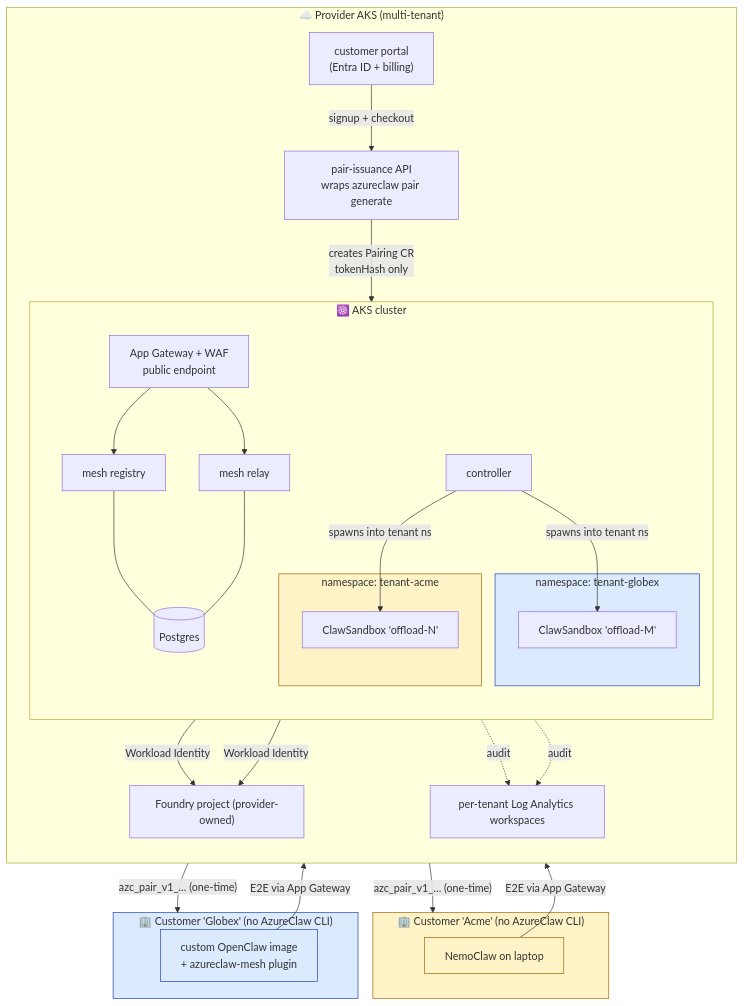
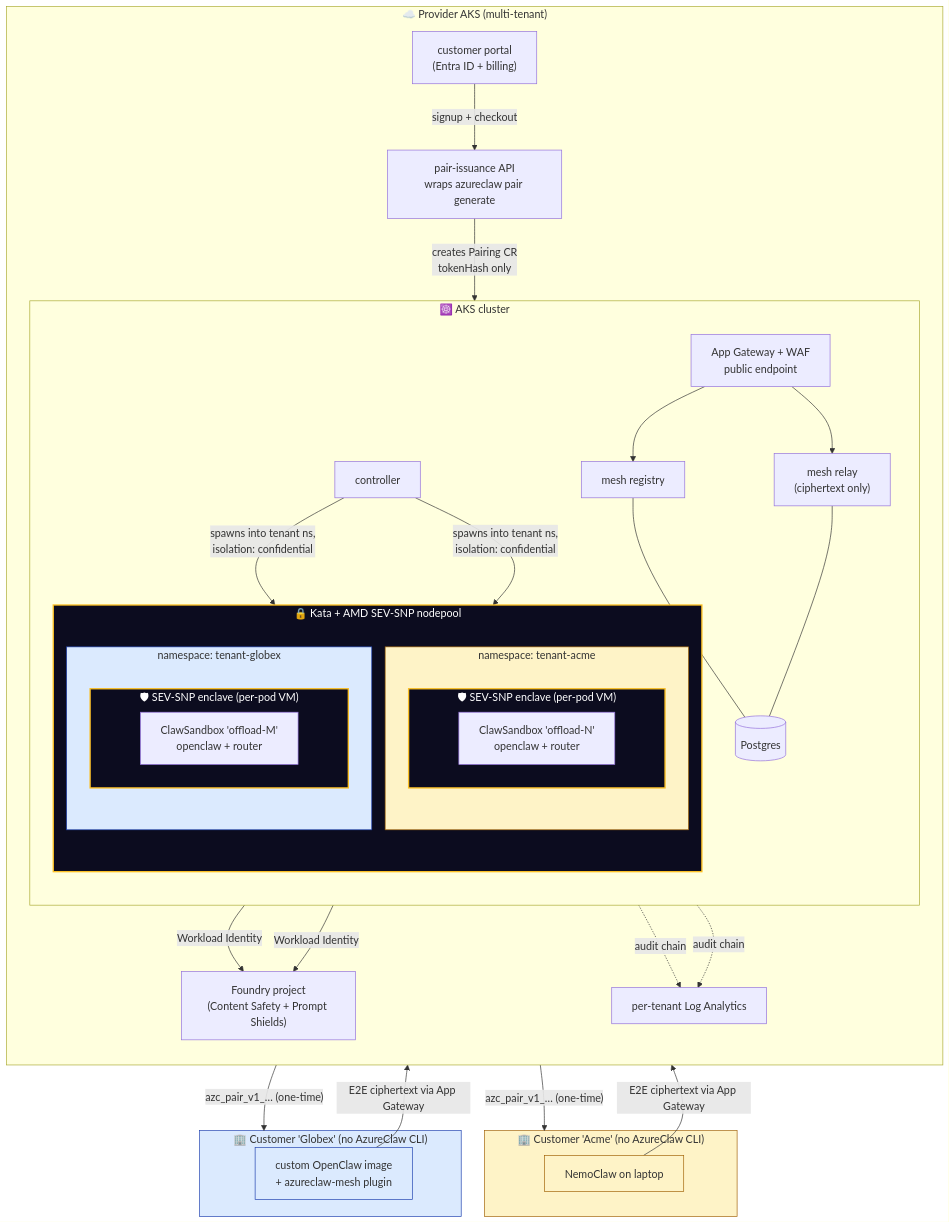
One commit to Azure/kars changed the first of 4 diagrams in docs/blueprints/03-managed-public-offload.md. Above: the diagram before and after it, drawn with Mermaid. The commit also changed other lines of this file and 1 other file, not shown here.

````diff
--- a/docs/blueprints/03-managed-public-offload.md
+++ b/docs/blueprints/03-managed-public-offload.md
@@ -13,58 +27,67 @@
 ```mermaid
 flowchart TB
   subgraph Provider["☁️ Provider AKS (multi-tenant)"]
     direction TB
     Portal["customer portal<br/>(Entra ID + billing)"]
     PairAPI["pair-issuance API<br/>wraps azureclaw pair generate"]
 
     subgraph AKS["☸️ AKS cluster"]
       direction TB
       AGW["App Gateway + WAF<br/>public endpoint"]
       Reg["mesh registry"]
-      Rly["mesh relay"]
+      Rly["mesh relay<br/>(ciphertext only)"]
       PG[("Postgres")]
       Ctrl["controller"]
 
-      subgraph T1NS["namespace: tenant-acme"]
-        T1SBX["ClawSandbox 'offload-N'"]
-      end
-      subgraph T2NS["namespace: tenant-globex"]
-        T2SBX["ClawSandbox 'offload-M'"]
+      subgraph KataPool["🔒 Kata + AMD SEV-SNP nodepool"]
+        direction TB
+        subgraph T1NS["namespace: tenant-acme"]
+          subgraph T1Encl["🛡 SEV-SNP enclave (per-pod VM)"]
+            T1SBX["ClawSandbox 'offload-N'<br/>openclaw + router"]
+          end
+        end
+        subgraph T2NS["namespace: tenant-globex"]
+          subgraph T2Encl["🛡 SEV-SNP enclave (per-pod VM)"]
+            T2SBX["ClawSandbox 'offload-M'<br/>openclaw + router"]
+          end
+        end
       end
     end
 
-    Fnd["Foundry project (provider-owned)"]
-    Mon["per-tenant Log Analytics workspaces"]
+    Fnd["Foundry project<br/>(Content Safety + Prompt Shields)"]
+    Mon["per-tenant Log Analytics"]
   end
 
   subgraph Cust1["🏢 Customer 'Acme' (no AzureClaw CLI)"]
     A1["NemoClaw on laptop"]
   end
   subgraph Cust2["🏢 Customer 'Globex' (no AzureClaw CLI)"]
     G1["custom OpenClaw image<br/>+ azureclaw-mesh plugin"]
   end
 
   Portal -->|"signup + checkout"| PairAPI
   PairAPI -->|"azc_pair_v1_… (one-time)"| Cust1
   PairAPI -->|"azc_pair_v1_… (one-time)"| Cust2
   PairAPI -->|"creates Pairing CR<br/>tokenHash only"| Ctrl
 
-  A1 -->|"E2E via App Gateway"| AGW
-  G1 -->|"E2E via App Gateway"| AGW
+  A1 -->|"E2E ciphertext via App Gateway"| AGW
+  G1 -->|"E2E ciphertext via App Gateway"| AGW
   AGW --> Reg
   AGW --> Rly
   Reg --- PG
   Rly --- PG
 
-  Ctrl -->|"spawns into tenant ns"| T1SBX
-  Ctrl -->|"spawns into tenant ns"| T2SBX
-  T1SBX -->|"Workload Identity"| Fnd
-  T2SBX -->|"Workload Identity"| Fnd
-  T1SBX -.->|"audit"| Mon
-  T2SBX -.->|"audit"| Mon
+  Ctrl -->|"spawns into tenant ns,<br/>isolation: confidential"| T1Encl
+  Ctrl -->|"spawns into tenant ns,<br/>isolation: confidential"| T2Encl
+  T1Encl -->|"Workload Identity"| Fnd
+  T2Encl -->|"Workload Identity"| Fnd
+  T1Encl -.->|"audit chain"| Mon
+  T2Encl -.->|"audit chain"| Mon
 
   classDef tenant1 fill:#fef3c7,stroke:#a16207;
   classDef tenant2 fill:#dbeafe,stroke:#1e40af;
+  classDef enclave fill:#0c0c1f,stroke:#fbbf24,color:#fff,stroke-width:2px;
   class T1NS,Cust1,A1 tenant1;
   class T2NS,Cust2,G1 tenant2;
+  class T1Encl,T2Encl,KataPool enclave;
 ```
````
